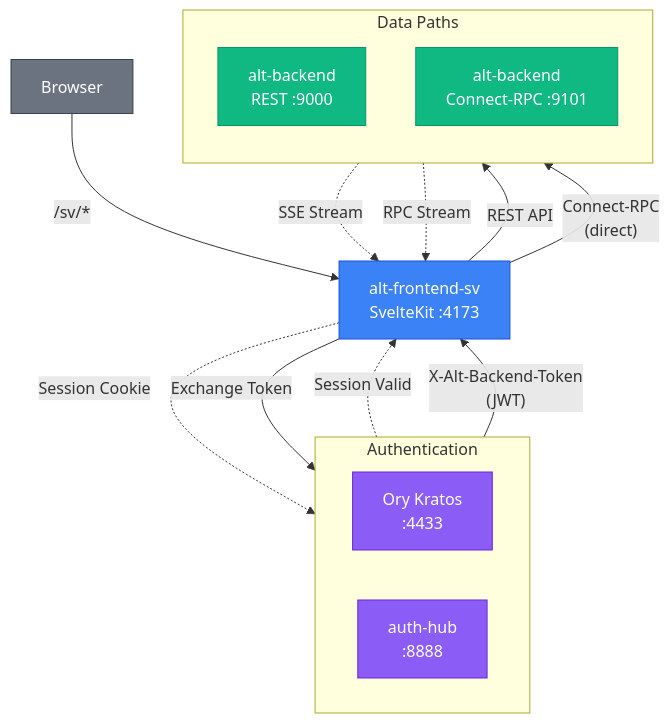
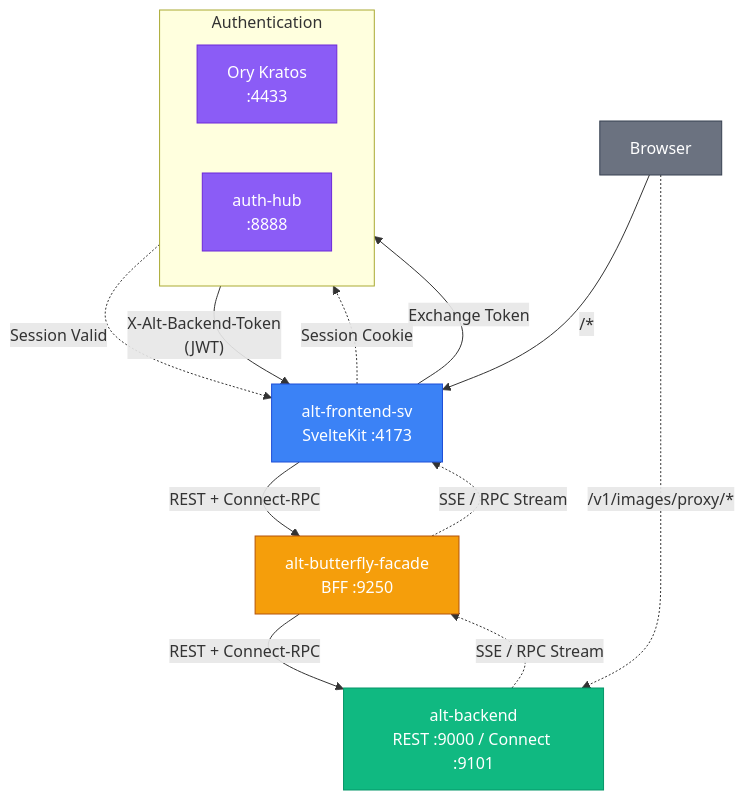
One commit to Kaikei-e/Alt changed the diagram in docs/services/alt-frontend-sv.md. Above: the diagram before and after it, drawn with Mermaid. The commit also changed other lines of this file and 76 other files, not shown here.

````diff
--- a/docs/services/alt-frontend-sv.md
+++ b/docs/services/alt-frontend-sv.md
@@ -32,36 +33,38 @@
 ```mermaid
 flowchart TD
-    Browser["Browser"]:::browser -->|"/sv/*"| Frontend["alt-frontend-sv<br/>SvelteKit :4173"]:::frontend
+    Browser["Browser"]:::browser -->|"/*"| Frontend["alt-frontend-sv<br/>SvelteKit :4173"]:::frontend
 
     subgraph Auth["Authentication"]
         direction LR
         Ory["Ory Kratos<br/>:4433"]:::auth
         AuthHub["auth-hub<br/>:8888"]:::auth
     end
 
-    subgraph DataFlow["Data Paths"]
-        direction TB
-        Backend["alt-backend<br/>REST :9000"]:::backend
-        BackendRPC["alt-backend<br/>Connect-RPC :9101"]:::backend
-    end
+    BFF["alt-butterfly-facade<br/>BFF :9250"]:::bff
+    Backend["alt-backend<br/>REST :9000 / Connect :9101"]:::backend
 
     %% Auth Flow
     Frontend -. "Session Cookie" .-> Ory
     Ory -. "Session Valid" .-> Frontend
     Frontend -- "Exchange Token" --> AuthHub
     AuthHub -- "X-Alt-Backend-Token<br/>(JWT)" --> Frontend
 
-    %% Data Flow
-    Frontend -- "REST API" --> Backend
-    Frontend -- "Connect-RPC<br/>(direct)" --> BackendRPC
+    %% Data Flow (default: server-side hop from Frontend through the BFF)
+    Frontend -- "REST + Connect-RPC" --> BFF
+    BFF -- "REST + Connect-RPC" --> Backend
+
+    %% Edge exception: Plecto sends this route browser-direct to alt-backend,
+    %% bypassing both the SvelteKit server and the BFF
+    Browser -. "/v1/images/proxy/*" .-> Backend
 
     %% Streaming
-    Backend -. "SSE Stream" .-> Frontend
-    BackendRPC -. "RPC Stream" .-> Frontend
+    Backend -. "SSE / RPC Stream" .-> BFF
+    BFF -. "SSE / RPC Stream" .-> Frontend
 
     %% Styles
     classDef browser fill:#6b7280,stroke:#374151,color:#fff
     classDef frontend fill:#3b82f6,stroke:#1d4ed8,color:#fff
     classDef auth fill:#8b5cf6,stroke:#6d28d9,color:#fff
+    classDef bff fill:#f59e0b,stroke:#b45309,color:#fff
     classDef backend fill:#10b981,stroke:#059669,color:#fff
 ```
````
